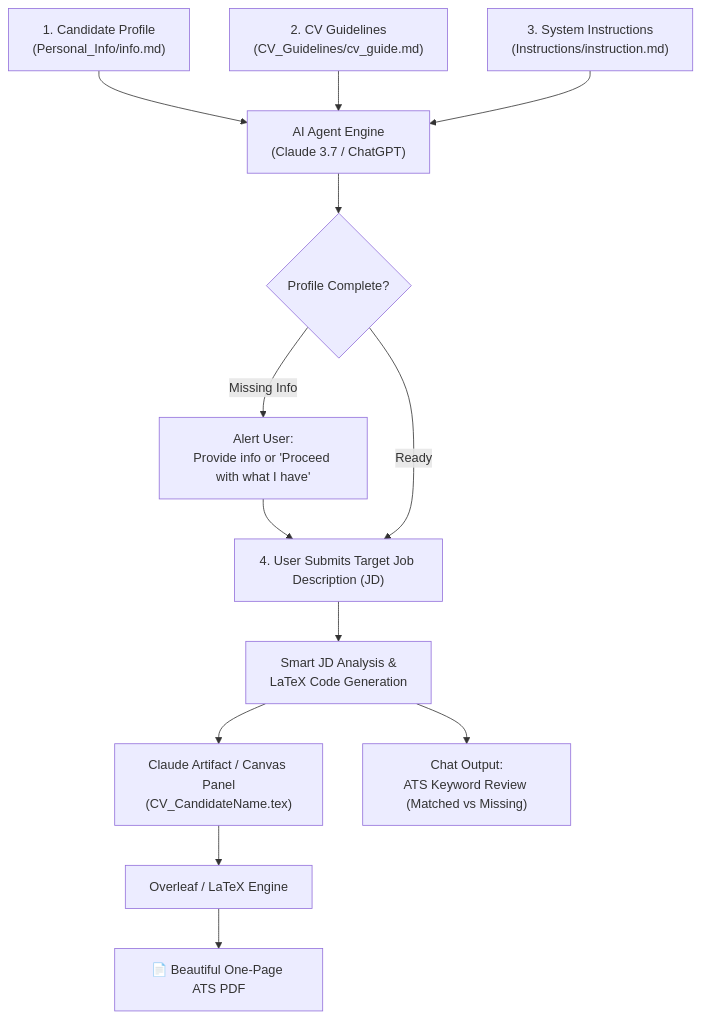
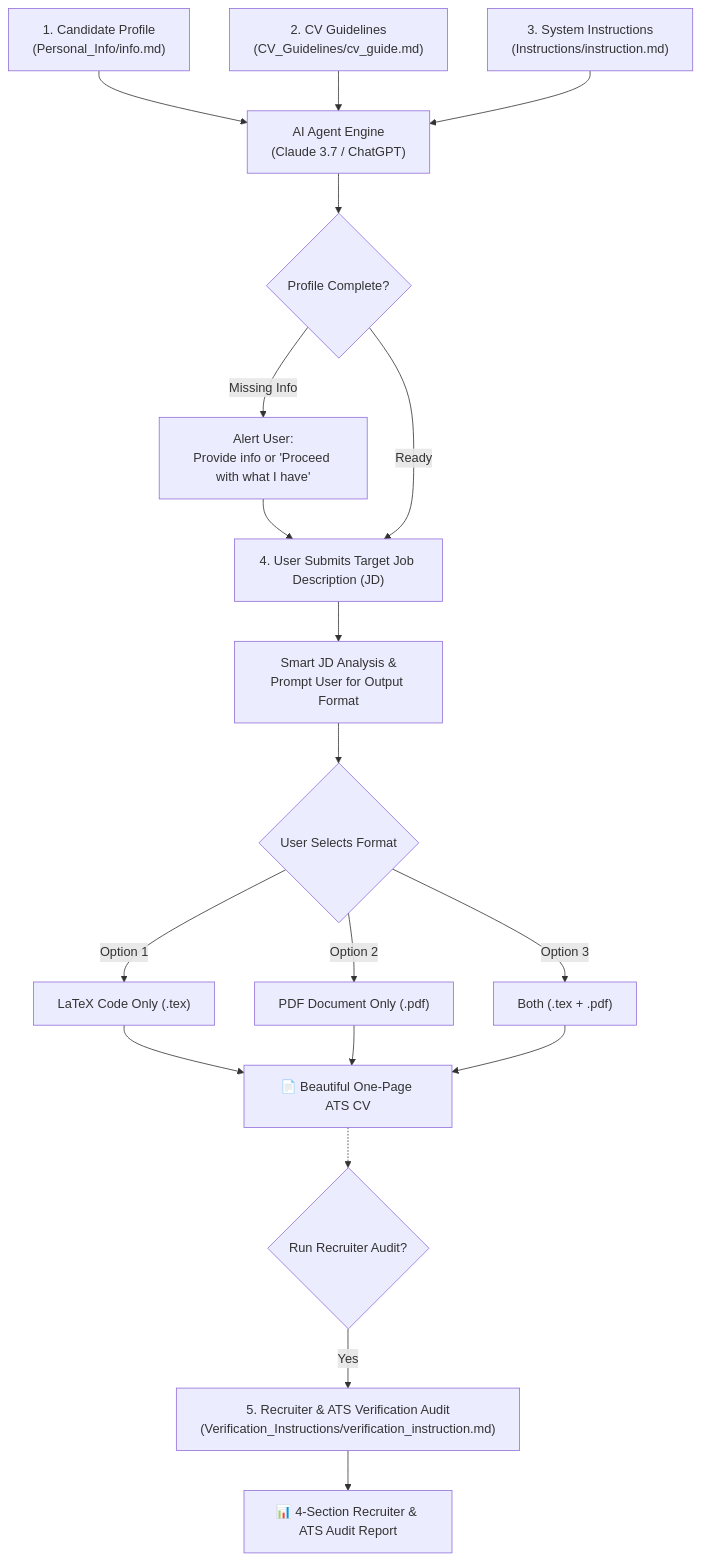
One commit to sachilz/ATS-CV-Generator-Framework changed the diagram in README.md. Above: the diagram before and after it, drawn with Mermaid. The commit also changed other lines of this file and 4 other files, not shown here.

Commit message:
docs: add CV guidelines, instructions, and verification guides

````diff
--- a/README.md
+++ b/README.md
@@ -82,18 +89,25 @@
 ```mermaid
 flowchart TD
     A["1. Candidate Profile\n(Personal_Info/info.md)"] --> D["AI Agent Engine\n(Claude 3.7 / ChatGPT)"]
     B["2. CV Guidelines\n(CV_Guidelines/cv_guide.md)"] --> D
     C["3. System Instructions\n(Instructions/instruction.md)"] --> D
     
     D --> E{"Profile Complete?"}
     E -- Missing Info --> F["Alert User:\nProvide info or 'Proceed with what I have'"]
     F --> G["4. User Submits Target Job Description (JD)"]
     E -- Ready --> G
     
-    G --> H["Smart JD Analysis &\nLaTeX Code Generation"]
-    H --> I["Claude Artifact / Canvas Panel\n(CV_CandidateName.tex)"]
-    H --> J["Chat Output:\nATS Keyword Review (Matched vs Missing)"]
+    G --> H["Smart JD Analysis &\nPrompt User for Output Format"]
+    H --> I{"User Selects Format"}
+    I -- Option 1 --> J["LaTeX Code Only (.tex)"]
+    I -- Option 2 --> K["PDF Document Only (.pdf)"]
+    I -- Option 3 --> L["Both (.tex + .pdf)"]
     
-    I --> K["Overleaf / LaTeX Engine"]
-    K --> L["📄 Beautiful One-Page ATS PDF"]
+    J --> M["📄 Beautiful One-Page ATS CV"]
+    K --> M
+    L --> M
+
+    M -.-> N{"Run Recruiter Audit?"}
+    N -- Yes --> O["5. Recruiter & ATS Verification Audit\n(Verification_Instructions/verification_instruction.md)"]
+    O --> P["📊 4-Section Recruiter & ATS Audit Report"]
 ```
````
